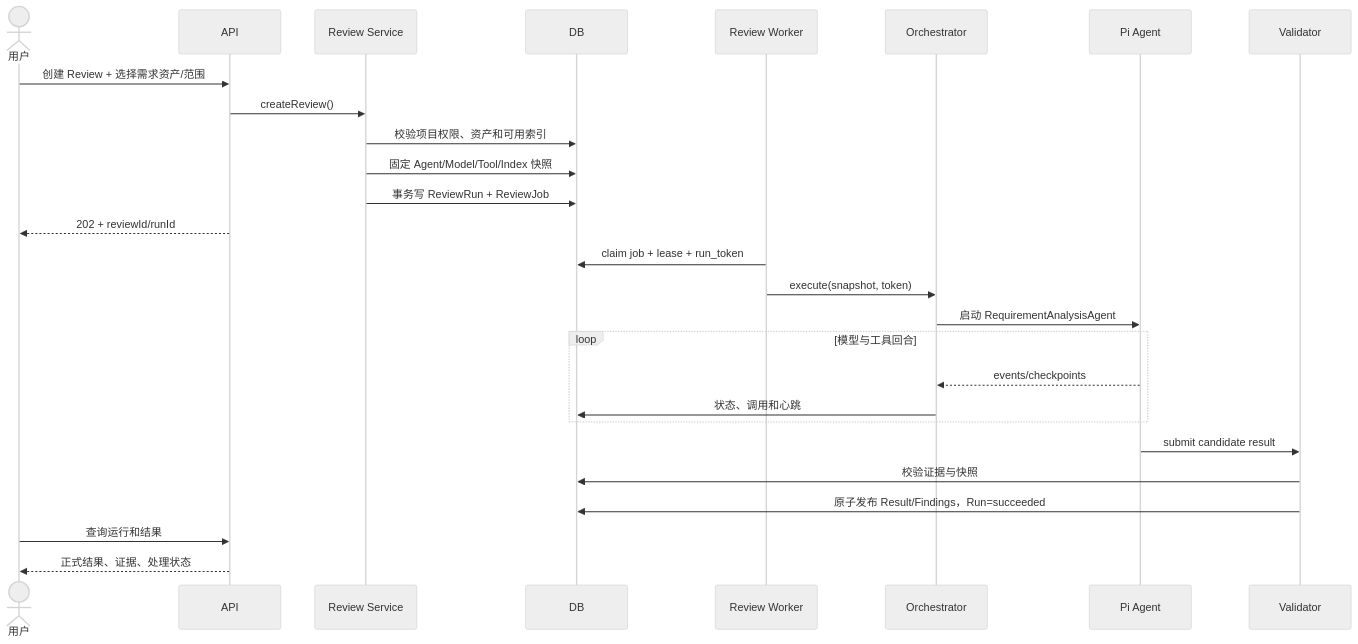
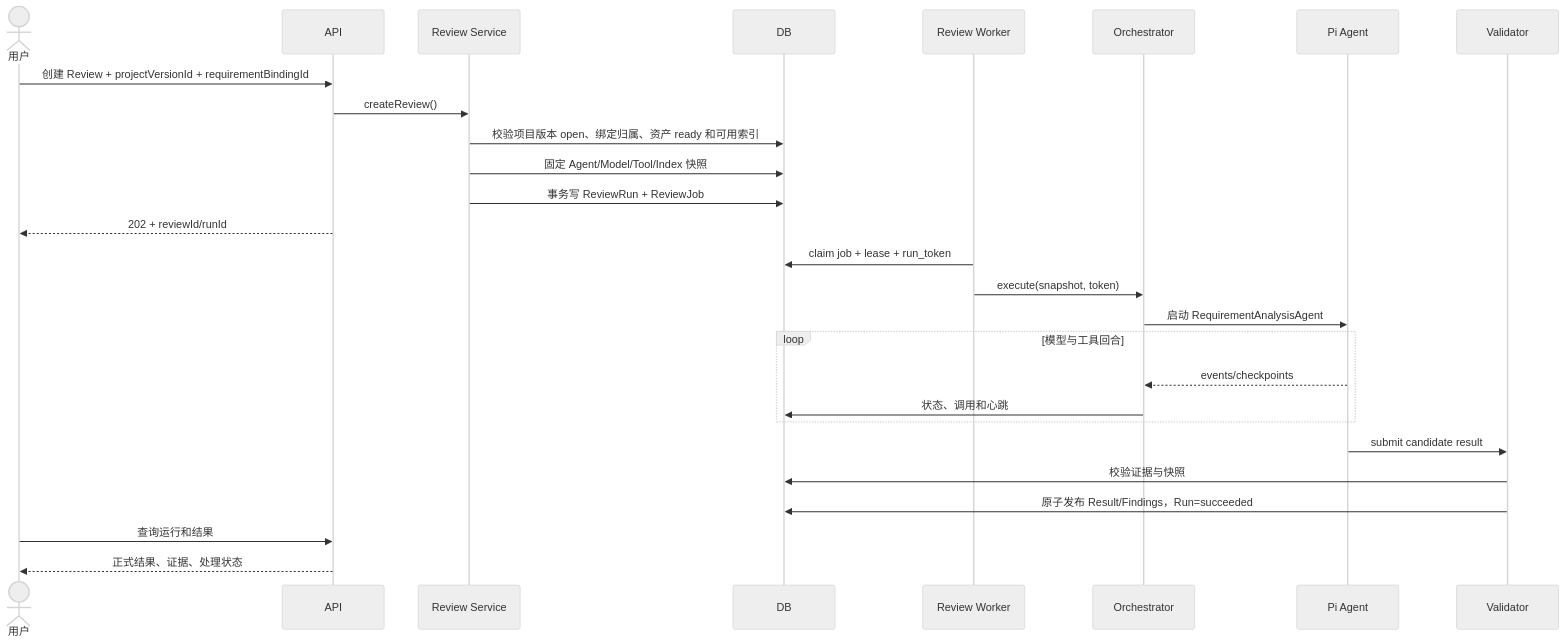
The eighth of 8 diagrams in 技术文档/第二期-需求评审与大模型配置技术文档.md (lishilei123/SmartHub), drawn with Mermaid (neutral theme) before and after one commit. The commit also changed other lines of this file and 7 other files, not shown here.

````diff
--- a/技术文档/第二期-需求评审与大模型配置技术文档.md
+++ b/技术文档/第二期-需求评审与大模型配置技术文档.md
@@ -1044,30 +1138,30 @@
 ```mermaid
 sequenceDiagram
     actor U as 用户
     participant API
     participant APP as Review Service
     participant DB
     participant W as Review Worker
     participant O as Orchestrator
     participant P as Pi Agent
     participant V as Validator
 
-    U->>API: 创建 Review + 选择需求资产/范围
+    U->>API: 创建 Review + projectVersionId + requirementBindingId
     API->>APP: createReview()
-    APP->>DB: 校验项目权限、资产和可用索引
+    APP->>DB: 校验项目版本 open、绑定归属、资产 ready 和可用索引
     APP->>DB: 固定 Agent/Model/Tool/Index 快照
     APP->>DB: 事务写 ReviewRun + ReviewJob
     API-->>U: 202 + reviewId/runId
     W->>DB: claim job + lease + run_token
     W->>O: execute(snapshot, token)
     O->>P: 启动 RequirementAnalysisAgent
     loop 模型与工具回合
       P-->>O: events/checkpoints
       O->>DB: 状态、调用和心跳
     end
     P->>V: submit candidate result
     V->>DB: 校验证据与快照
     V->>DB: 原子发布 Result/Findings，Run=succeeded
     U->>API: 查询运行和结果
     API-->>U: 正式结果、证据、处理状态
 ```
````
